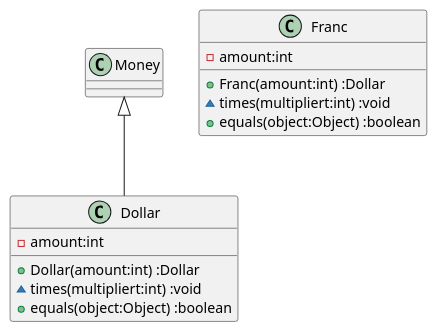
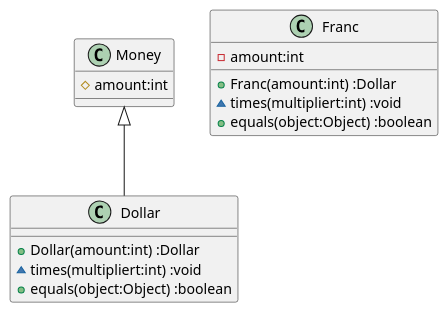
Before and after one commit to k2works/etude_for_java: the diagram in docs/src/TDD.md, drawn with PlantUML. The commit also changed 4 other files, not shown here.

````diff
--- a/docs/src/TDD.md
+++ b/docs/src/TDD.md
@@ -59,18 +59,17 @@
 ```puml
 class Dollar {
-  -amount:int
   +Dollar(amount:int) :Dollar
   ~times(multipliert:int) :void
   +equals(object:Object) :boolean
 }
 class Franc {
   -amount:int
   +Franc(amount:int) :Dollar
   ~times(multipliert:int) :void
   +equals(object:Object) :boolean
 }
 class Money {
-
+  #amount:int
 }
 Money <|-- Dollar
 ```
````
